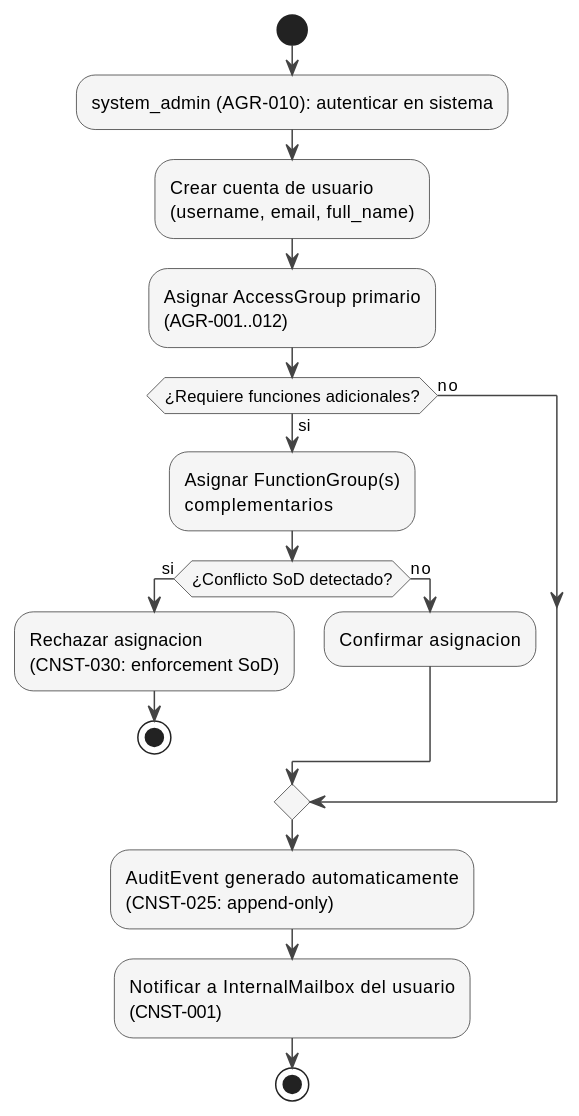
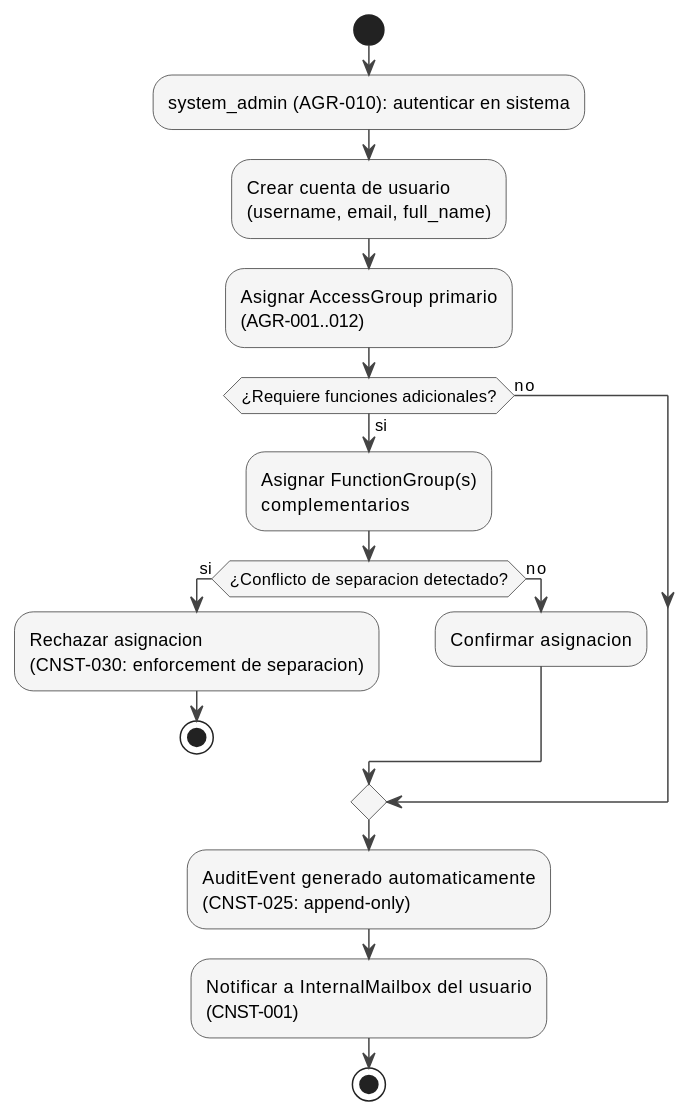
Before and after one commit to jcg-admin/IACT-docs: the second of 2 diagrams in source/arquitectura-tecnica/operational-view/system-administration.rst, drawn with PlantUML. The commit also changed other lines of this file and 32 other files, not shown here.

```diff
--- a/source/arquitectura-tecnica/operational-view/system-administration.rst
+++ b/source/arquitectura-tecnica/operational-view/system-administration.rst
@@ -70,33 +70,33 @@
 .. uml::
  :caption: Figura — Flujo de administracion: alta de usuario con asignacion RBAC
 
  @startuml
 
  skinparam ArrowColor #444444
  skinparam ActivityBorderColor #333333
  skinparam ActivityBackgroundColor #F5F5F5
  skinparam shadowing false
 
  start
 
  :system_admin (AGR-010): autenticar en sistema;
  :Crear cuenta de usuario\n(username, email, full_name);
  :Asignar AccessGroup primario\n(AGR-001..012);
 
  if (¿Requiere funciones adicionales?) then (si)
    :Asignar FunctionGroup(s)\ncomplementarios;
-   if (¿Conflicto SoD detectado?) then (si)
-     :Rechazar asignacion\n(CNST-030: enforcement SoD);
+   if (¿Conflicto de separacion detectado?) then (si)
+     :Rechazar asignacion\n(CNST-030: enforcement de separacion);
      stop
    else (no)
      :Confirmar asignacion;
    endif
  else (no)
  endif
 
  :AuditEvent generado automaticamente\n(CNST-025: append-only);
  :Notificar a InternalMailbox del usuario\n(CNST-001);
 
  stop
 
  @enduml
```
